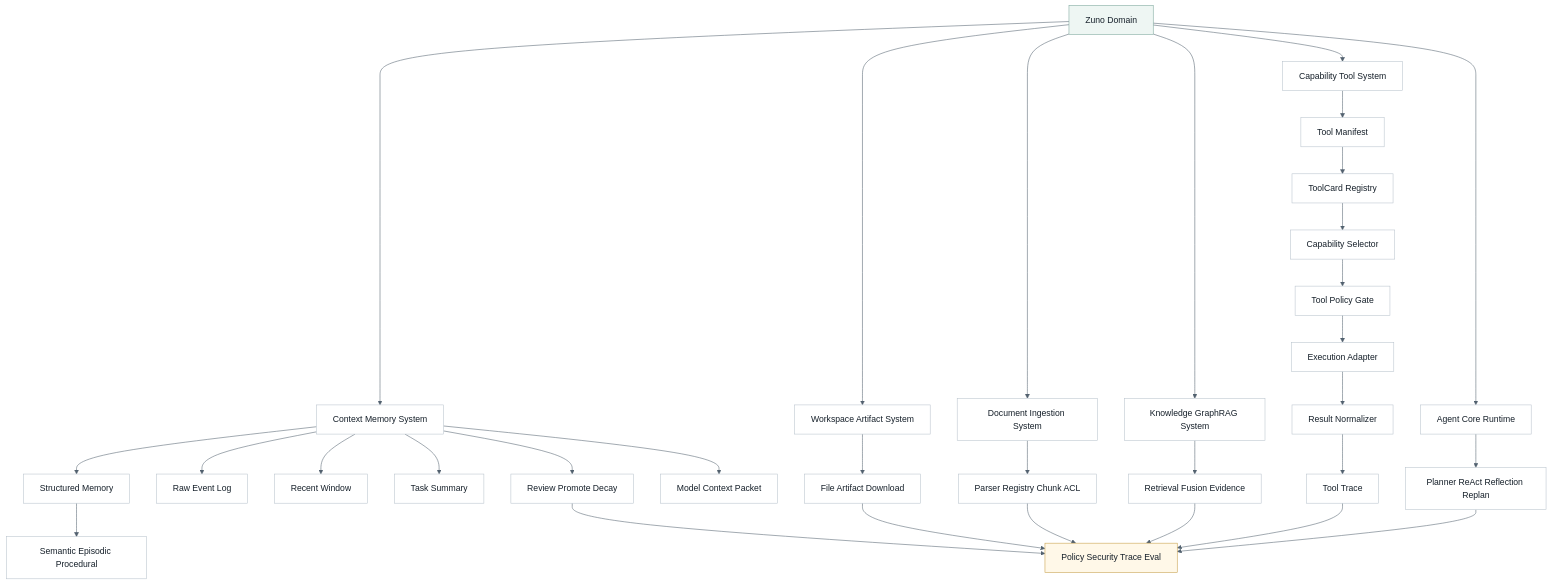
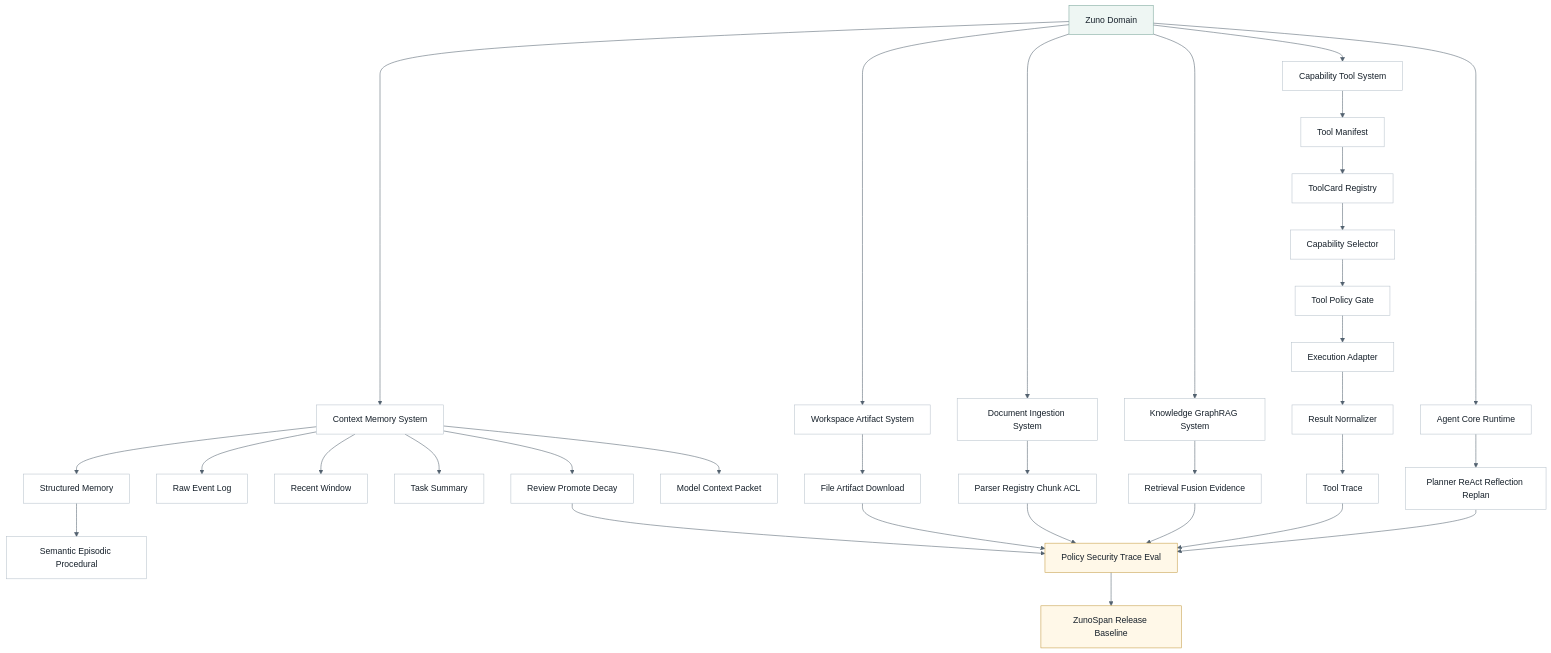
One commit to ProfessorZhi/Zuno changed the sixth of 10 diagrams in docs/architecture/architecture.md. Above: the diagram before and after it, drawn with Mermaid. The commit also changed other lines of this file and 21 other files, not shown here.

Commit message:
docs: refresh architecture docs and diagrams

````diff
--- a/docs/architecture/architecture.md
+++ b/docs/architecture/architecture.md
@@ -1407,41 +1416,43 @@
 ```mermaid
 %%{init: {"theme": "base", "themeVariables": {"background": "#f7f8fb", "lineColor": "#52616f"}}}%%
 flowchart TB
   classDef node fill:#ffffff,stroke:#b8c2cc,stroke-width:1px,color:#16202a;
   classDef accent fill:#eef6f3,stroke:#7aa59a,stroke-width:1px,color:#16202a;
   classDef guard fill:#fff8e8,stroke:#c59b43,stroke-width:1px,color:#16202a;
 
   DOMAIN["Zuno Domain"]:::accent
   DOMAIN --> RUNTIME["Agent Core Runtime"]
   DOMAIN --> MEMORY["Context Memory System"]
   DOMAIN --> CAPABILITY["Capability Tool System"]
   DOMAIN --> KNOWLEDGE["Knowledge GraphRAG System"]
   DOMAIN --> INGESTION["Document Ingestion System"]
   DOMAIN --> WORKSPACE["Workspace Artifact System"]
   RUNTIME --> PLAN["Planner ReAct Reflection Replan"]
   MEMORY --> RAW["Raw Event Log"]
   MEMORY --> WINDOW["Recent Window"]
   MEMORY --> SUMMARY["Task Summary"]
   MEMORY --> STRUCT["Structured Memory"]
   STRUCT --> TYPES["Semantic Episodic Procedural"]
   MEMORY --> PACK["Model Context Packet"]
   MEMORY --> GOV["Review Promote Decay"]
   CAPABILITY --> MANIFEST["Tool Manifest"]
   MANIFEST --> CARD["ToolCard Registry"]
   CARD --> SELECT["Capability Selector"]
   SELECT --> TOOLPOL["Tool Policy Gate"]
   TOOLPOL --> EXEC["Execution Adapter"]
   EXEC --> NORMAL["Result Normalizer"]
   NORMAL --> TOOLTRACE["Tool Trace"]
   KNOWLEDGE --> RET["Retrieval Fusion Evidence"]
   INGESTION --> DOC["Parser Registry Chunk ACL"]
   WORKSPACE --> ART["File Artifact Download"]
   POLICY["Policy Security Trace Eval"]:::guard
   PLAN --> POLICY
   TOOLTRACE --> POLICY
   RET --> POLICY
   DOC --> POLICY
   ART --> POLICY
   GOV --> POLICY
+  SPAN["ZunoSpan Release Baseline"]:::guard
+  POLICY --> SPAN
   class RUNTIME,MEMORY,CAPABILITY,KNOWLEDGE,INGESTION,WORKSPACE,PLAN,RAW,WINDOW,SUMMARY,STRUCT,TYPES,PACK,GOV,MANIFEST,CARD,SELECT,TOOLPOL,EXEC,NORMAL,TOOLTRACE,RET,DOC,ART node;
 ```
````
